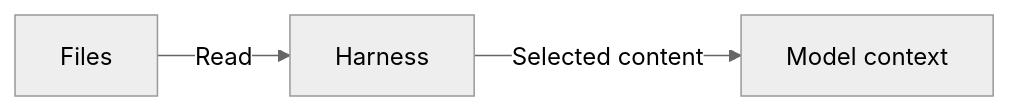
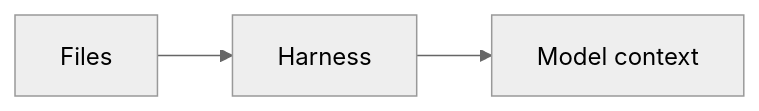
The second of 4 diagrams in AI-CONTEXT.md (speedscale/mock-lab), drawn with Mermaid (neutral theme) before and after one commit. The commit also changed other lines of this file, not shown here.

Commit message:
docs: simplify model and harness diagrams

````diff
--- a/AI-CONTEXT.md
+++ b/AI-CONTEXT.md
@@ -22,5 +21,5 @@
 ```mermaid
 flowchart LR
-    F["Files"] -->|Read| H["Harness"]
-    H -->|Selected content| C["Model context"]
+    F["Files"] --> H["Harness"]
+    H --> C["Model context"]
 ```
````
